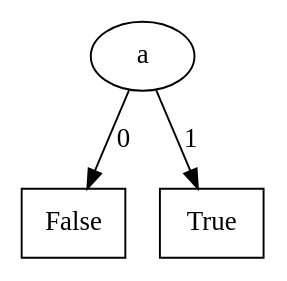
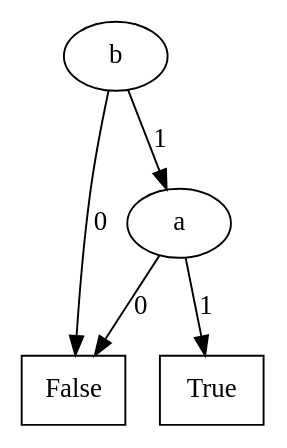
Before and after one commit to lputruele/tesis: the diagram in Mu-calculus_model_checker/f3.dot, drawn with Graphviz. The commit also changed 13 other files, not shown here.

```diff
--- a/Mu-calculus_model_checker/f3.dot
+++ b/Mu-calculus_model_checker/f3.dot
@@ -1,15 +1,23 @@
 digraph BDD {
 node[shape=oval];
+3[label="b"];
+node[shape=rectangle];
+0[label=False];
+node[shape=oval];
+
+3->0[label=0];
 2[label="a"];
 node[shape=rectangle];
 0[label=False];
 node[shape=oval];
 
 2->0[label=0];
 node[shape=rectangle];
 1[label=True];
 node[shape=oval];
 
 2->1[label=1];
 
+3->2[label=1];
+
 }
```
